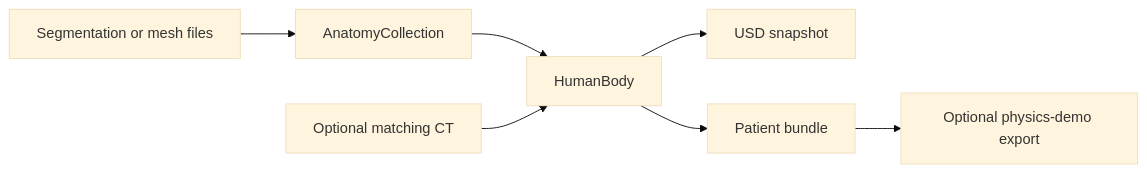
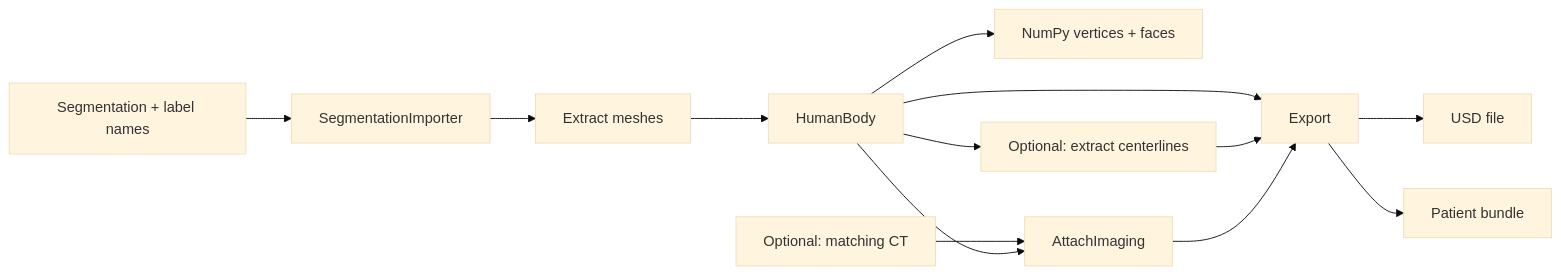
Before and after one commit to isaac-for-healthcare/i4h-digital-twin: the first of 2 diagrams in patient-digital-twin/README.md, drawn with Mermaid (base theme). The commit also changed other lines of this file and 1 other file, not shown here.

Commit message:
Simplify patient library guides with visual workflows

````diff
--- a/patient-digital-twin/README.md
+++ b/patient-digital-twin/README.md
@@ -387,9 +6,14 @@
 ```mermaid
 flowchart LR
-    A[Segmentation or mesh files] --> B[AnatomyCollection]
-    B --> C[HumanBody]
-    D[Optional matching CT] --> C
-    C --> F[USD snapshot]
-    C --> G[Patient bundle]
-    G --> H[Optional physics-demo export]
+    S["Segmentation + label names"] --> I["SegmentationImporter"]
+    I --> M["Extract meshes"] --> B["HumanBody"]
+    B --> A["NumPy vertices + faces"]
+    B --> C["Optional: extract centerlines"]
+    T["Optional: matching CT"] --> V["AttachImaging"]
+    B --> V
+    B --> E["Export"]
+    C --> E
+    V --> E
+    E --> U["USD file"]
+    E --> W["Patient bundle"]
 ```
````
